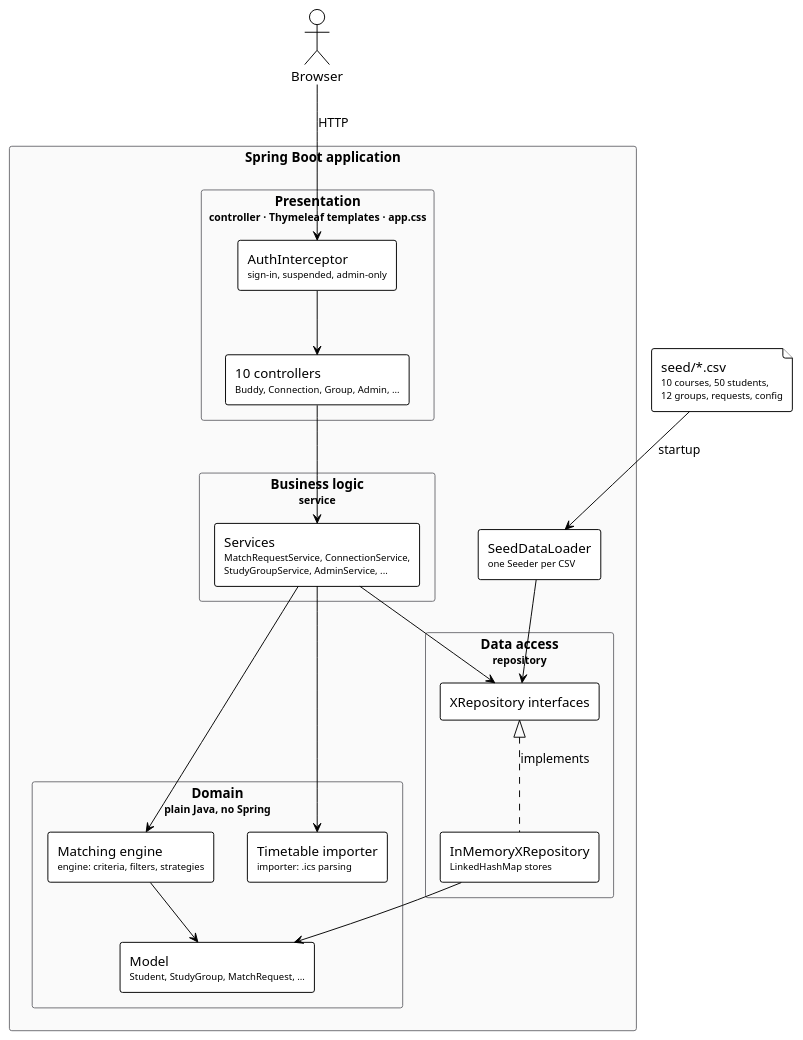
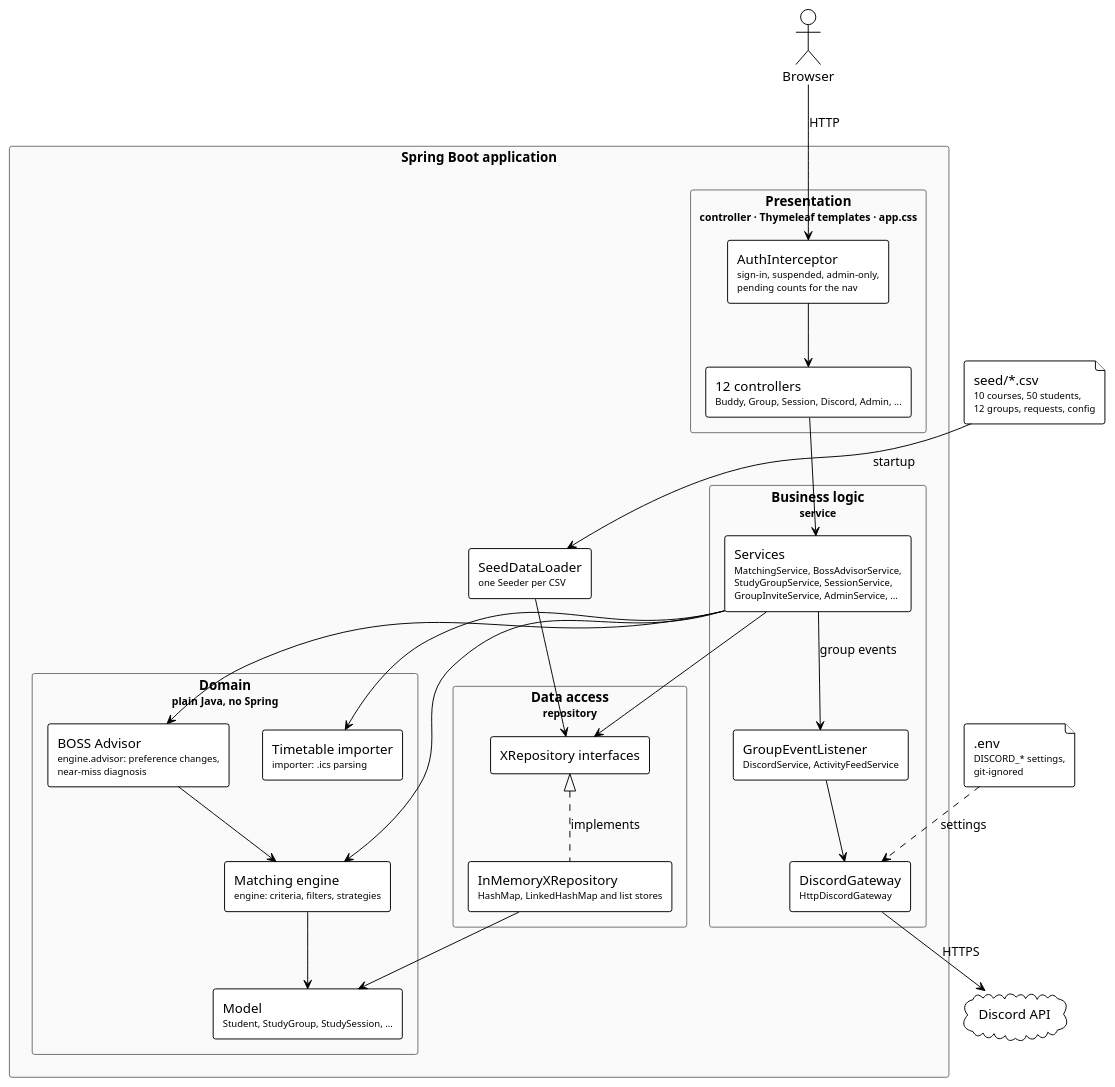
One commit to darrentiang/IS442-G1-T1 changed the diagram in docs/diagrams/architecture.puml. Above: the diagram before and after it, drawn with PlantUML. The commit also changed 8 other files, not shown here.

First line of the commit message:
Update the diagrams for everything on main and add a BOSS Advisor diagram

```diff
--- a/docs/diagrams/architecture.puml
+++ b/docs/diagrams/architecture.puml
@@ -1,46 +1,58 @@
 @startuml architecture
-' Layered architecture: every dependency points down.
+' Layered architecture: every dependency points down. Discord is the one outside
+' system, reached only through the DiscordGateway interface.
 !theme plain
 skinparam defaultFontName "Segoe UI"
 skinparam componentStyle rectangle
 skinparam rectangle {
   BackgroundColor #FAFAFA
   BorderColor #6E6E73
 }
 
 actor "Browser" as browser
 
 rectangle "Spring Boot application" {
   rectangle "Presentation\n<size:11>controller · Thymeleaf templates · app.css</size>" as web {
-    component "AuthInterceptor\n<size:10>sign-in, suspended, admin-only</size>" as auth
-    component "10 controllers\n<size:10>Buddy, Connection, Group, Admin, ...</size>" as ctrl
+    component "AuthInterceptor\n<size:10>sign-in, suspended, admin-only,</size>\n<size:10>pending counts for the nav</size>" as auth
+    component "12 controllers\n<size:10>Buddy, Group, Session, Discord, Admin, ...</size>" as ctrl
   }
   rectangle "Business logic\n<size:11>service</size>" as svc {
-    component "Services\n<size:10>MatchRequestService, ConnectionService,</size>\n<size:10>StudyGroupService, AdminService, ...</size>" as services
+    component "Services\n<size:10>MatchingService, BossAdvisorService,</size>\n<size:10>StudyGroupService, SessionService,</size>\n<size:10>GroupInviteService, AdminService, ...</size>" as services
+    component "GroupEventListener\n<size:10>DiscordService, ActivityFeedService</size>" as listeners
+    component "DiscordGateway\n<size:10>HttpDiscordGateway</size>" as gateway
   }
   rectangle "Domain\n<size:11>plain Java, no Spring</size>" as domain {
     component "Matching engine\n<size:10>engine: criteria, filters, strategies</size>" as engine
+    component "BOSS Advisor\n<size:10>engine.advisor: preference changes,</size>\n<size:10>near-miss diagnosis</size>" as advisor
     component "Timetable importer\n<size:10>importer: .ics parsing</size>" as importer
-    component "Model\n<size:10>Student, StudyGroup, MatchRequest, ...</size>" as model
+    component "Model\n<size:10>Student, StudyGroup, StudySession, ...</size>" as model
   }
   rectangle "Data access\n<size:11>repository</size>" as repo {
     component "XRepository interfaces" as irepo
-    component "InMemoryXRepository\n<size:10>LinkedHashMap stores</size>" as memrepo
+    component "InMemoryXRepository\n<size:10>HashMap, LinkedHashMap and list stores</size>" as memrepo
   }
   component "SeedDataLoader\n<size:10>one Seeder per CSV</size>" as seed
 }
 
 file "seed/*.csv\n<size:10>10 courses, 50 students,</size>\n<size:10>12 groups, requests, config</size>" as csv
+file ".env\n<size:10>DISCORD_* settings,</size>\n<size:10>git-ignored</size>" as env
+cloud "Discord API" as discord
 
 browser --> auth : HTTP
 auth --> ctrl
 ctrl --> services
+services --> listeners : group events
+listeners --> gateway
+gateway --> discord : HTTPS
+env ..> gateway : settings
 services --> engine
+services --> advisor
+advisor --> engine
 services --> importer
 services --> irepo
 irepo <|.. memrepo : implements
 engine --> model
 memrepo --> model
 seed --> irepo
 csv --> seed : startup
 @enduml
```
